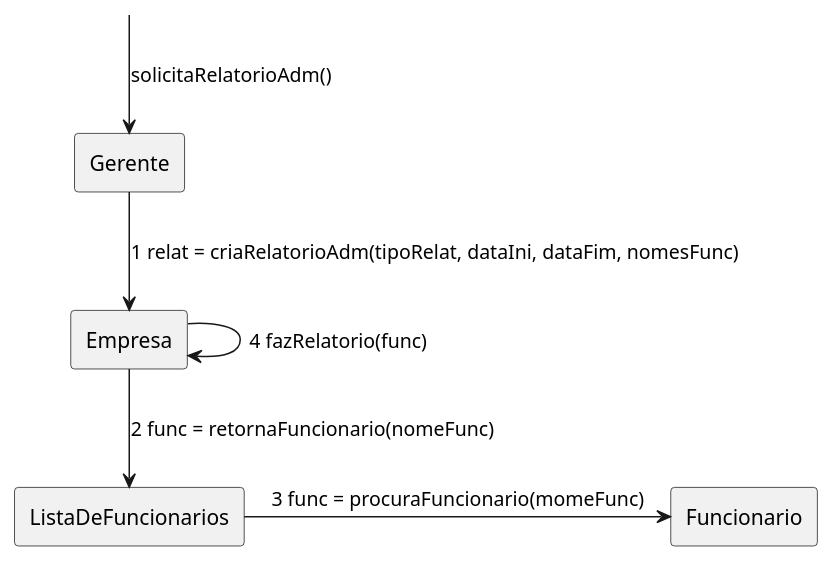
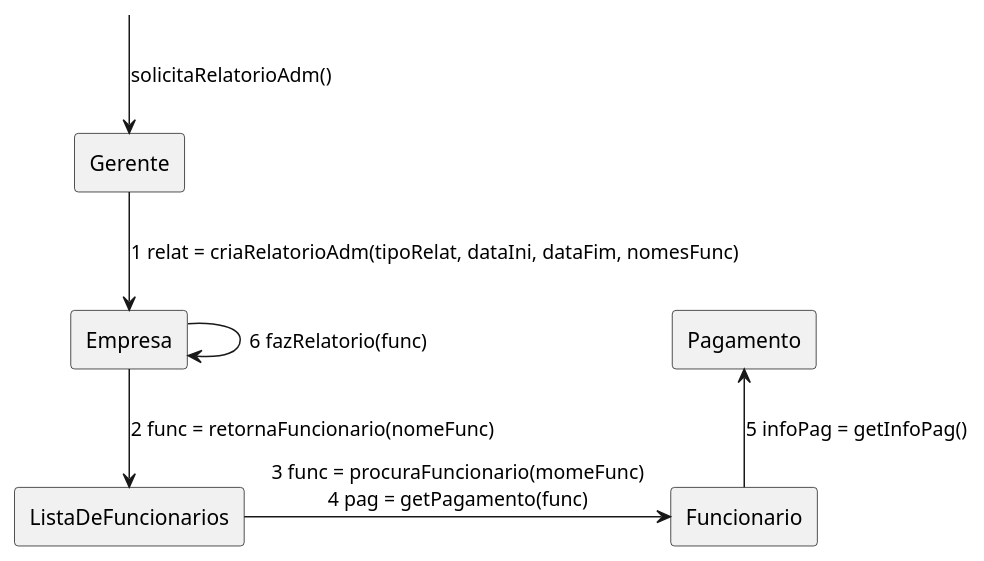
One commit to tikaradate/CI1163-Design_de_Software changed the diagram in casos_de_uso/caso-2/2-DCom.plantuml. Above: the diagram before and after it, drawn with PlantUML. The commit also changed 1 other file, not shown here.

```diff
--- a/casos_de_uso/caso-2/2-DCom.plantuml
+++ b/casos_de_uso/caso-2/2-DCom.plantuml
@@ -1,19 +1,20 @@
 @startuml
 rectangle "Gerente" as gerente
 'rectangle "FolhaDePagamento" as folha
-'rectangle "Pagamento" as pagamento
+rectangle "Pagamento" as pagamento
 rectangle "Funcionario" as funcionario
 rectangle "Empresa" as empresa
 rectangle "ListaDeFuncionarios" as lista
 'rectangle "Venda" as venda
 'rectangle "Ponto" as ponto
 'rectangle "BaseDeDadosProjetos" as base
 'rectangle "Projeto" as projeto
 label " " as ini
 
 ini -down-> gerente      : solicitaRelatorioAdm()
 gerente -down-> empresa      : 1 relat = criaRelatorioAdm(tipoRelat, dataIni, dataFim, nomesFunc)
 empresa -down-> lista        : 2 func = retornaFuncionario(nomeFunc)
-lista   -right-> funcionario  : 3 func = procuraFuncionario(momeFunc)
-empresa --> empresa      : 4 fazRelatorio(func)
+lista   -right-> funcionario  : 3 func = procuraFuncionario(momeFunc)\n4 pag = getPagamento(func)
+funcionario -up-> pagamento : 5 infoPag = getInfoPag()
+empresa --> empresa      : 6 fazRelatorio(func)
 @enduml
```
